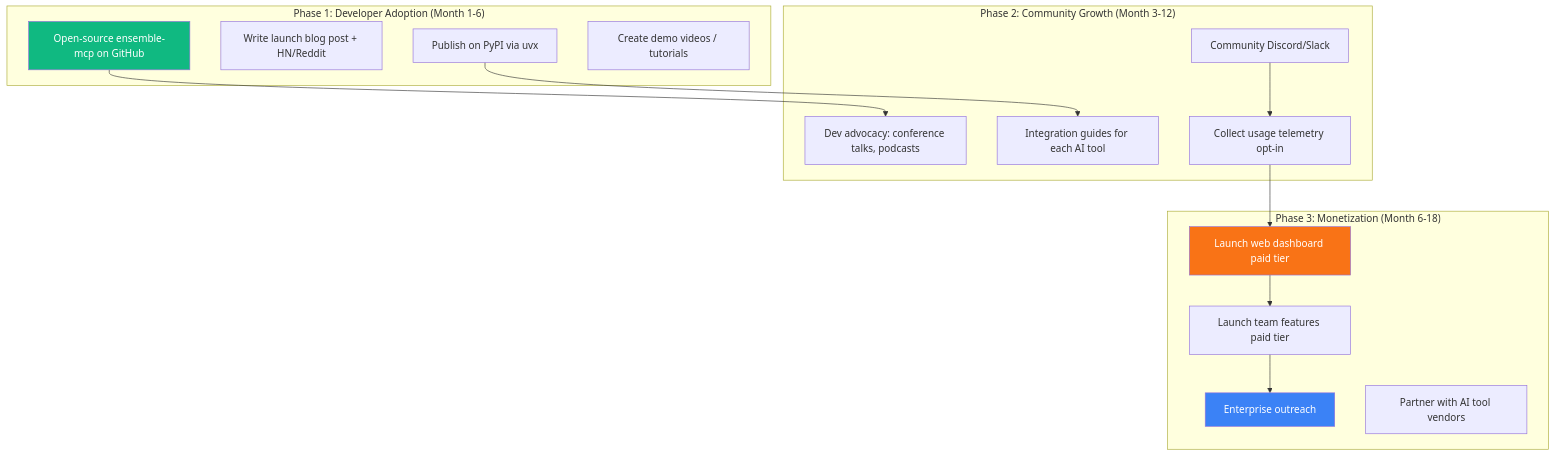
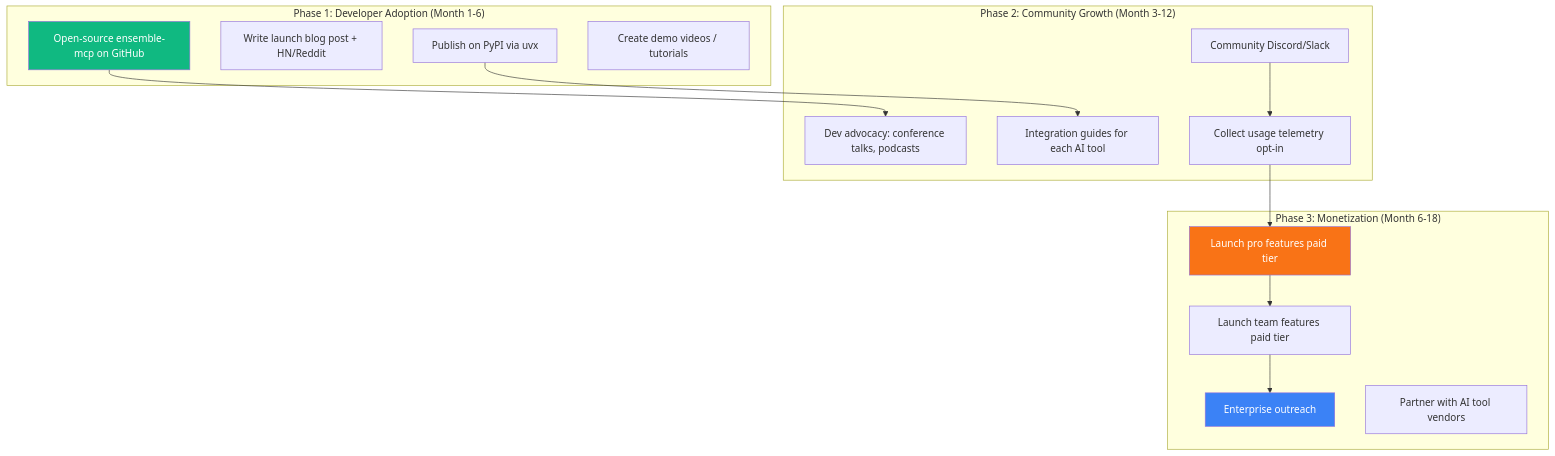
One commit to LynkByte/ensemble changed the second of 2 diagrams in docs/BUSINESS-CASE.md. Above: the diagram before and after it, drawn with Mermaid. The commit also changed other lines of this file and 12 other files, not shown here.

````diff
--- a/docs/BUSINESS-CASE.md
+++ b/docs/BUSINESS-CASE.md
@@ -446,33 +439,33 @@
 ```mermaid
 graph TB
     subgraph "Phase 1: Developer Adoption (Month 1-6)"
         A1[Open-source ensemble-mcp on GitHub]
         A2[Write launch blog post + HN/Reddit]
         A3[Publish on PyPI via uvx]
         A4[Create demo videos / tutorials]
     end
 
     subgraph "Phase 2: Community Growth (Month 3-12)"
         B1[Dev advocacy: conference talks, podcasts]
         B2[Integration guides for each AI tool]
         B3[Community Discord/Slack]
         B4[Collect usage telemetry opt-in]
     end
 
     subgraph "Phase 3: Monetization (Month 6-18)"
-        C1[Launch web dashboard paid tier]
+        C1[Launch pro features paid tier]
         C2[Launch team features paid tier]
         C3[Enterprise outreach]
         C4[Partner with AI tool vendors]
     end
 
     A1 --> B1
     A3 --> B2
     B3 --> B4
     B4 --> C1
     C1 --> C2 --> C3
 
     style A1 fill:#10B981,color:#fff
     style C1 fill:#F97316,color:#fff
     style C3 fill:#3B82F6,color:#fff
 ```
````
